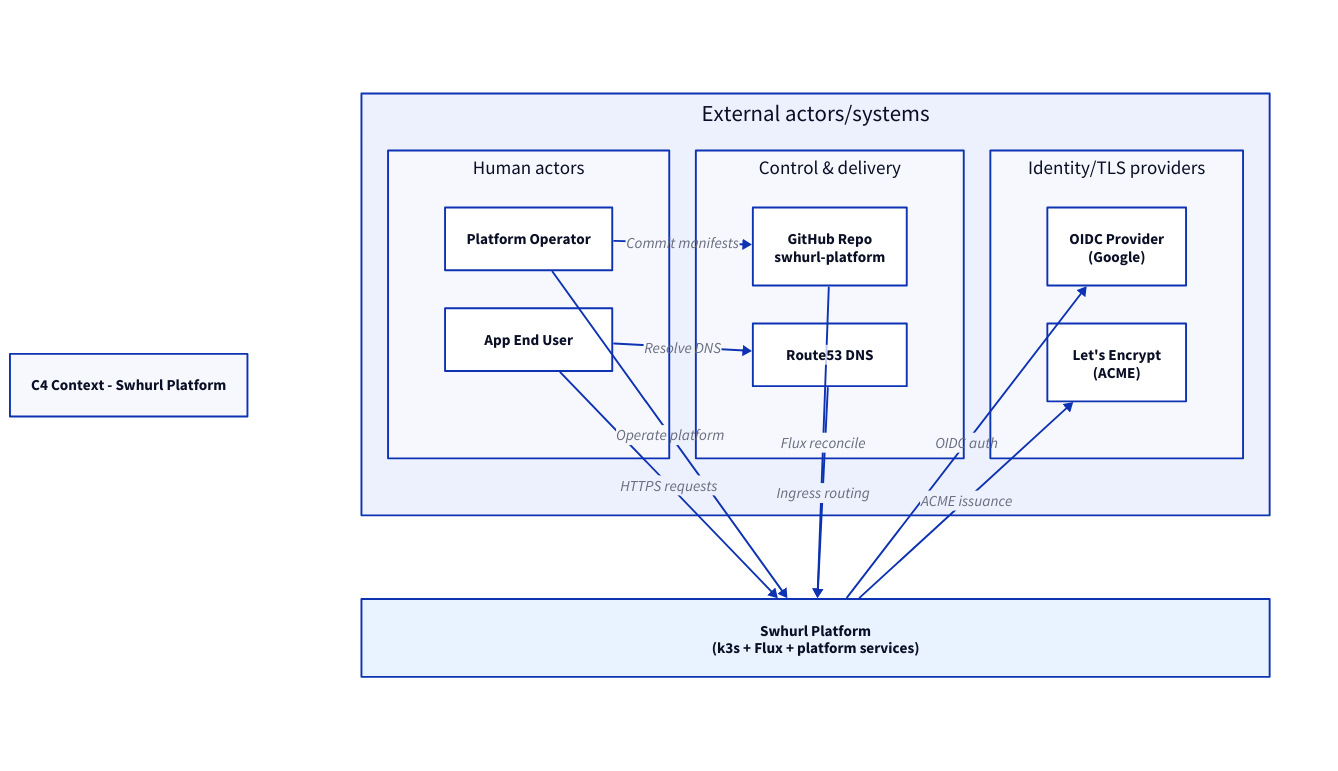
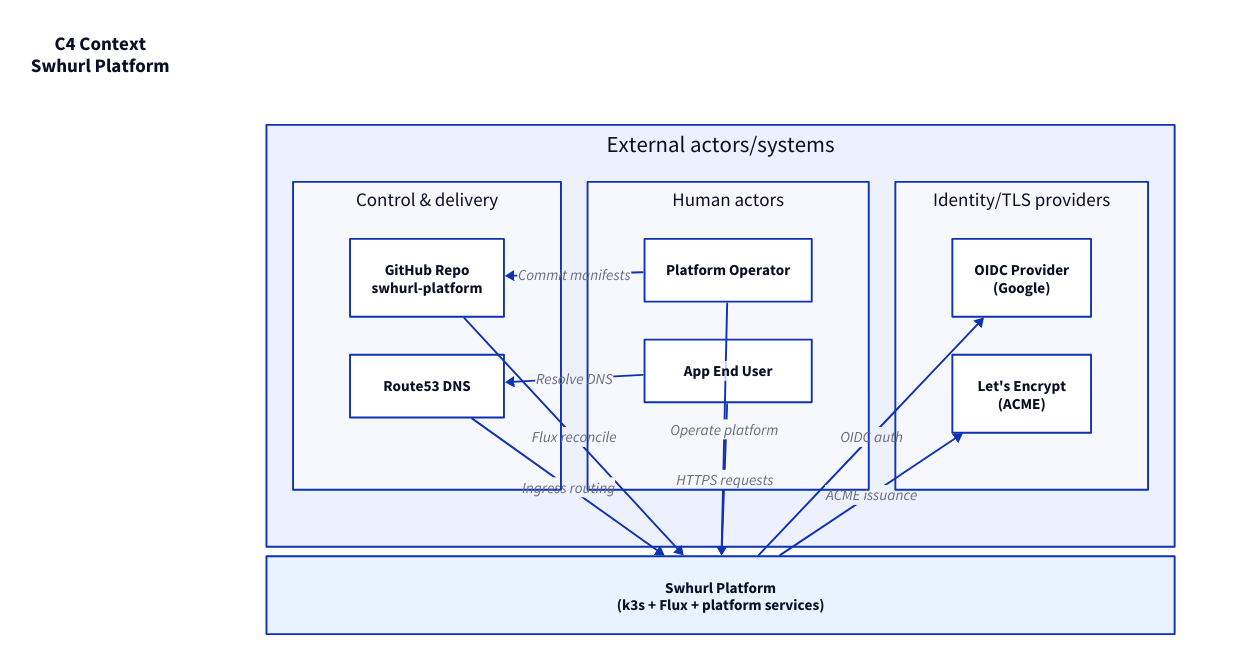
Before and after one commit to samclement/swhurl-platform: the diagram in docs/charts/c4/context.d2, drawn with D2. The commit also changed 6 other files, not shown here.

Commit message:
docs(charts): refine C4 layout and top-left titles

```diff
--- a/docs/charts/c4/context.d2
+++ b/docs/charts/c4/context.d2
@@ -1,48 +1,56 @@
-title: "C4 Context - Swhurl Platform"
+direction: down
 
-direction: down
+diagram_title: "C4 Context\nSwhurl Platform" {
+  near: top-left
+  style: {
+    fill: transparent
+    stroke: transparent
+    bold: true
+    font-size: 20
+  }
+}
 
 layout_rows: "" {
   grid-rows: 2
-  vertical-gap: 88
+  vertical-gap: 10
   style.fill: transparent
   style.stroke: transparent
 
   external: "External actors/systems" {
     grid-columns: 3
     horizontal-gap: 28
 
-    actors: "Human actors" {
+    a_control: "Control & delivery" {
+      grid-rows: 2
+      github: "GitHub Repo\nswhurl-platform"
+      route53: "Route53 DNS"
+    }
+
+    b_actors: "Human actors" {
       grid-rows: 2
       operator: "Platform Operator"
       end_user: "App End User"
     }
 
-    control: "Control & delivery" {
-      grid-rows: 2
-      github: "GitHub Repo\nswhurl-platform"
-      route53: "Route53 DNS"
-    }
-
-    providers: "Identity/TLS providers" {
+    c_providers: "Identity/TLS providers" {
       grid-rows: 2
       oidc: "OIDC Provider\n(Google)"
       letsencrypt: "Let's Encrypt\n(ACME)"
     }
   }
 
   platform: "Swhurl Platform\n(k3s + Flux + platform services)" {
     style.fill: "#E8F3FF"
   }
 }
 
-layout_rows.external.actors.operator -> layout_rows.external.control.github: "Commit manifests"
-layout_rows.external.control.github -> layout_rows.platform: "Flux reconcile"
-layout_rows.external.actors.operator -> layout_rows.platform: "Operate platform"
+layout_rows.external.b_actors.operator -> layout_rows.external.a_control.github: "Commit manifests"
+layout_rows.external.a_control.github -> layout_rows.platform: "Flux reconcile"
+layout_rows.external.b_actors.operator -> layout_rows.platform: "Operate platform"
 
-layout_rows.external.actors.end_user -> layout_rows.external.control.route53: "Resolve DNS"
-layout_rows.external.control.route53 -> layout_rows.platform: "Ingress routing"
-layout_rows.external.actors.end_user -> layout_rows.platform: "HTTPS requests"
+layout_rows.external.b_actors.end_user -> layout_rows.external.a_control.route53: "Resolve DNS"
+layout_rows.external.a_control.route53 -> layout_rows.platform: "Ingress routing"
+layout_rows.external.b_actors.end_user -> layout_rows.platform: "HTTPS requests"
 
-layout_rows.platform -> layout_rows.external.providers.oidc: "OIDC auth"
-layout_rows.platform -> layout_rows.external.providers.letsencrypt: "ACME issuance"
+layout_rows.platform -> layout_rows.external.c_providers.oidc: "OIDC auth"
+layout_rows.platform -> layout_rows.external.c_providers.letsencrypt: "ACME issuance"
```
